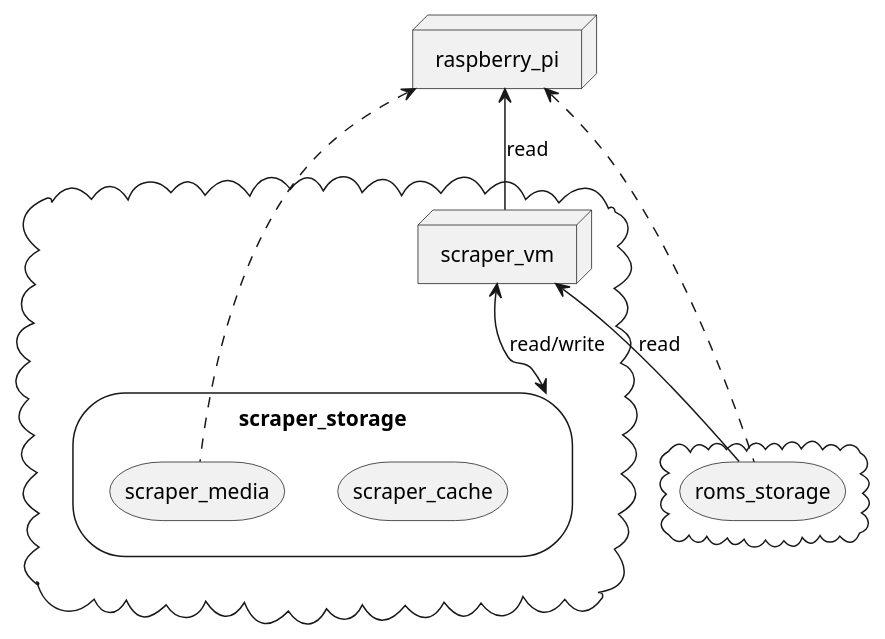
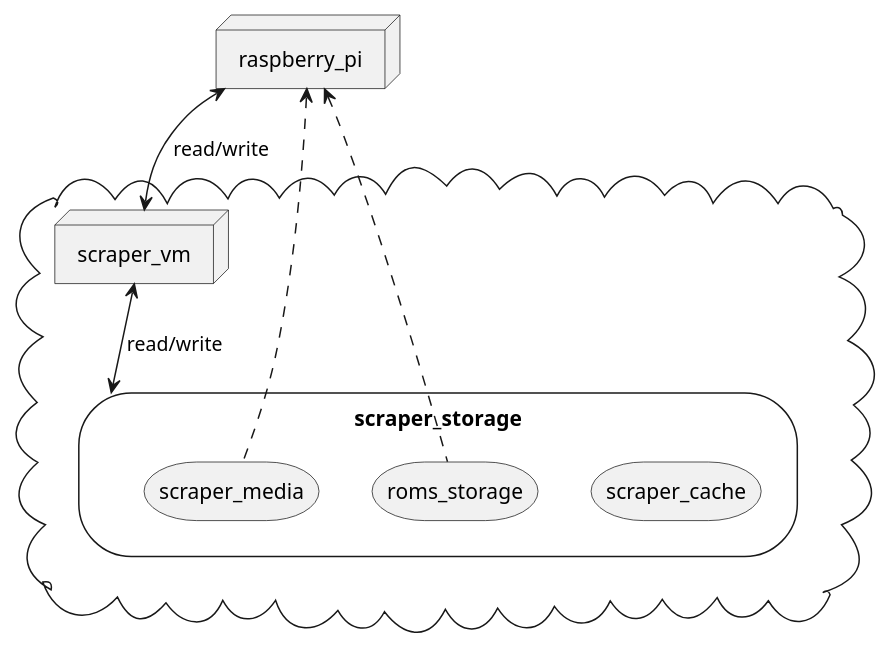
One commit to seriema/retro-cloud changed the diagram in diagrams/architecture.plantuml. Above: the diagram before and after it, drawn with PlantUML. The commit also changed 3 other files, not shown here.

First line of the commit message:
docs: Update diagrams

```diff
--- a/diagrams/architecture.plantuml
+++ b/diagrams/architecture.plantuml
@@ -1,23 +1,20 @@
 @startuml architecture
 
 cloud {
     node scraper_vm
     storage scraper_storage {
         storage scraper_cache
         storage scraper_media
+        storage roms_storage
     }
-}
-cloud {
-    storage roms_storage
 }
 
 node raspberry_pi
 
-raspberry_pi <-- scraper_vm : read
+raspberry_pi <--> scraper_vm : read/write
 scraper_vm <--> scraper_storage : read/write
-scraper_vm <-- roms_storage : read
 
 raspberry_pi <.. scraper_media
 raspberry_pi <.. roms_storage
 
 @enduml
```
